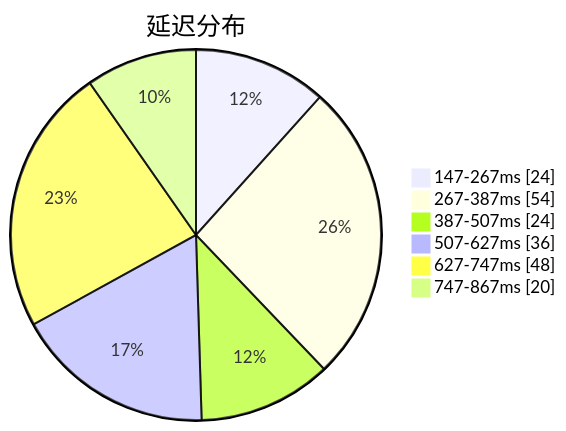
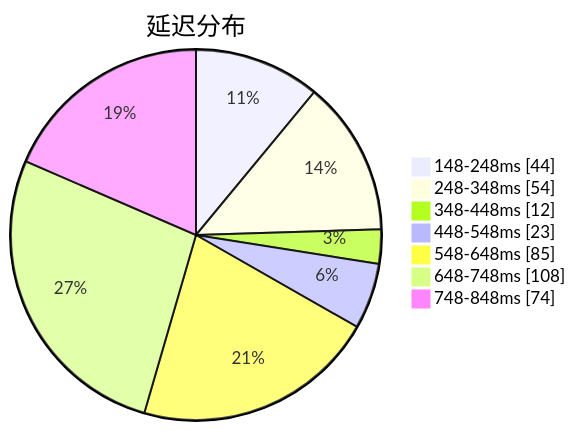
One commit to qjlxg/airport changed the first of 3 diagrams in subs/statistics/tested_within.md. Above: the diagram before and after it, drawn with Mermaid. The commit also changed other lines of this file and 2 other files, not shown here.

````diff
--- a/subs/statistics/tested_within.md
+++ b/subs/statistics/tested_within.md
@@ -2,10 +2,11 @@
 ```mermaid
 pie showData
 title 延迟分布
-"147-267ms" : 24
-"267-387ms" : 54
-"387-507ms" : 24
-"507-627ms" : 36
-"627-747ms" : 48
-"747-867ms" : 20
+"148-248ms" : 44
+"248-348ms" : 54
+"348-448ms" : 12
+"448-548ms" : 23
+"548-648ms" : 85
+"648-748ms" : 108
+"748-848ms" : 74
 ```
````
